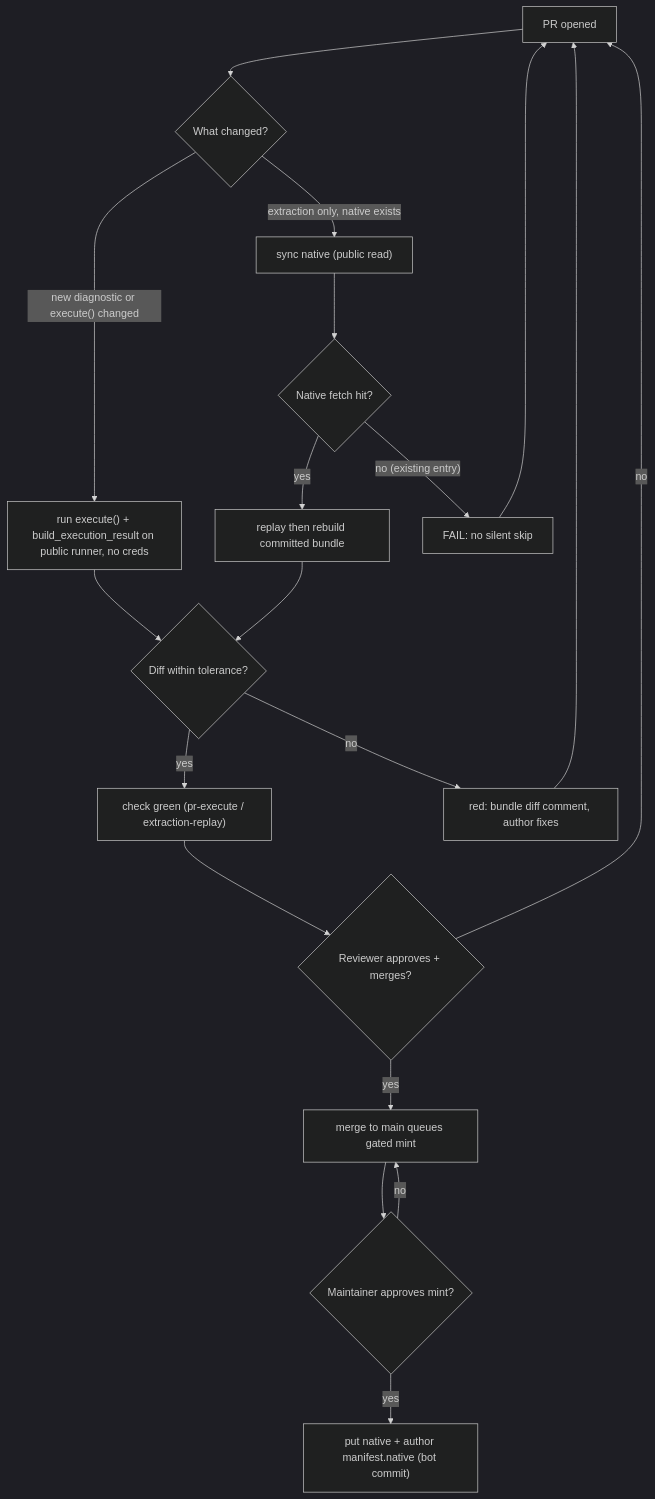
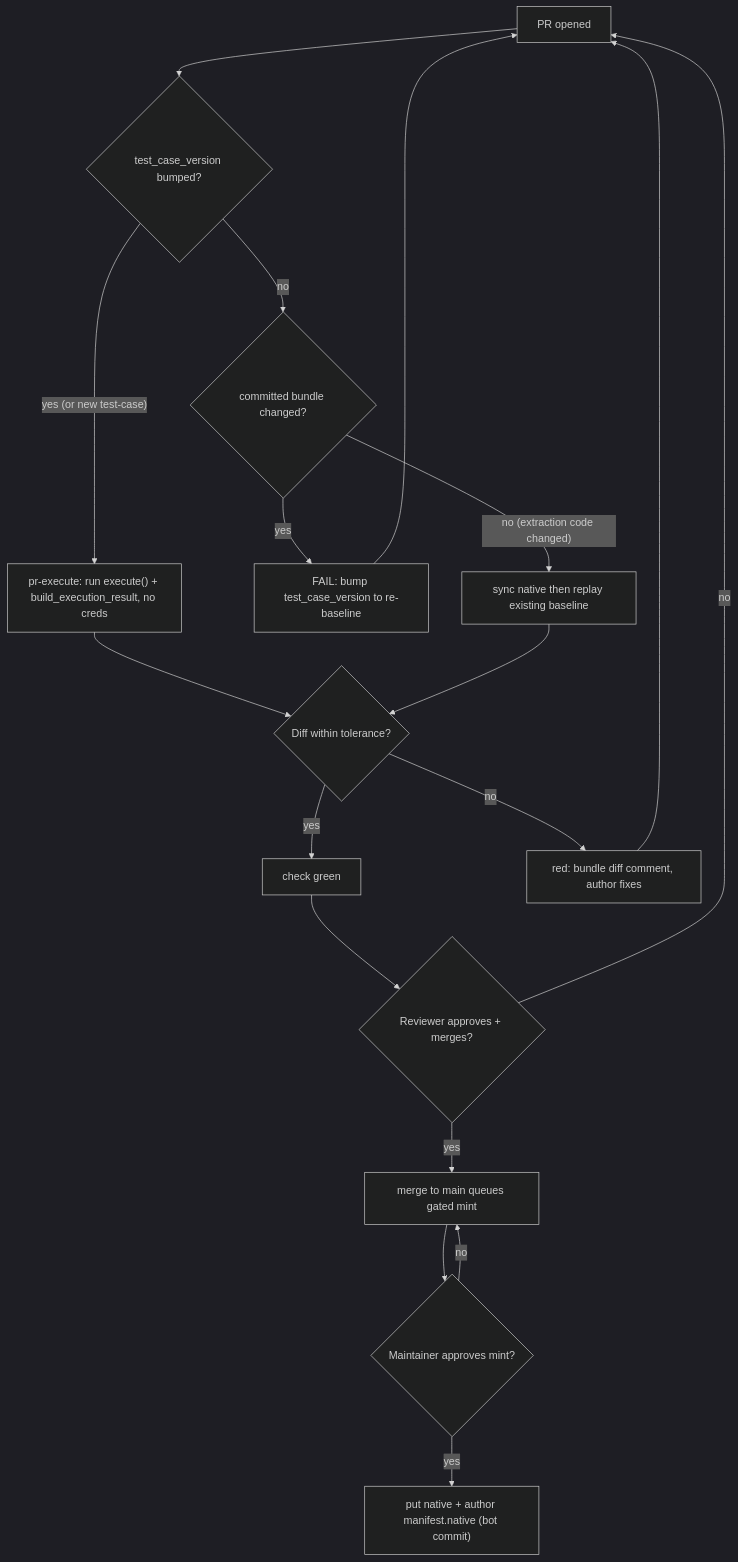
One commit to Climate-REF/rfcs changed the third of 3 diagrams in text/0005-regression-baselines.md. Above: the diagram before and after it, drawn with Mermaid (dark theme). The commit also changed other lines of this file, not shown here.

Commit message:
chore: add a bump field

````diff
--- a/text/0005-regression-baselines.md
+++ b/text/0005-regression-baselines.md
@@ -266,25 +277,23 @@
 ```mermaid
 flowchart TD
-    A[PR opened] --> B{What changed?}
+    A[PR opened] --> B{test_case_version bumped?}
 
-    B -->|"new diagnostic or execute() changed"| X["run execute() + build_execution_result on public runner, no creds"]
-    B -->|"extraction only, native exists"| C["sync native (public read)"]
-
-    C --> D{Native fetch hit?}
-    D -->|yes| E["replay then rebuild committed bundle"]
-    D -->|"no (existing entry)"| F["FAIL: no silent skip"]
+    B -->|"yes (or new test-case)"| X["pr-execute: run execute() + build_execution_result, no creds"]
+    B -->|no| V{committed bundle changed?}
+    V -->|yes| F["FAIL: bump test_case_version to re-baseline"]
+    V -->|"no (extraction code changed)"| C["sync native then replay existing baseline"]
 
     X --> G{Diff within tolerance?}
-    E --> G
-    G -->|yes| H["check green (pr-execute / extraction-replay)"]
+    C --> G
+    G -->|yes| H["check green"]
     G -->|no| I["red: bundle diff comment, author fixes"]
     I --> A
     F --> A
 
     H --> M{Reviewer approves + merges?}
     M -->|no| A
     M -->|yes| P["merge to main queues gated mint"]
     P --> Q{Maintainer approves mint?}
     Q -->|yes| O["put native + author manifest.native (bot commit)"]
     Q -->|no| P
 ```
````
